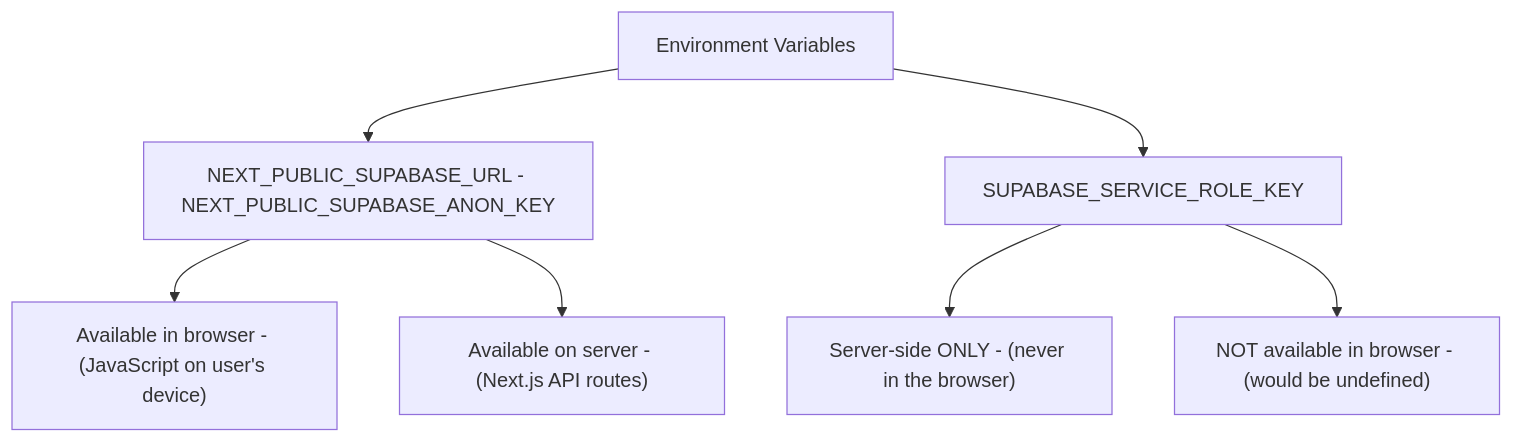
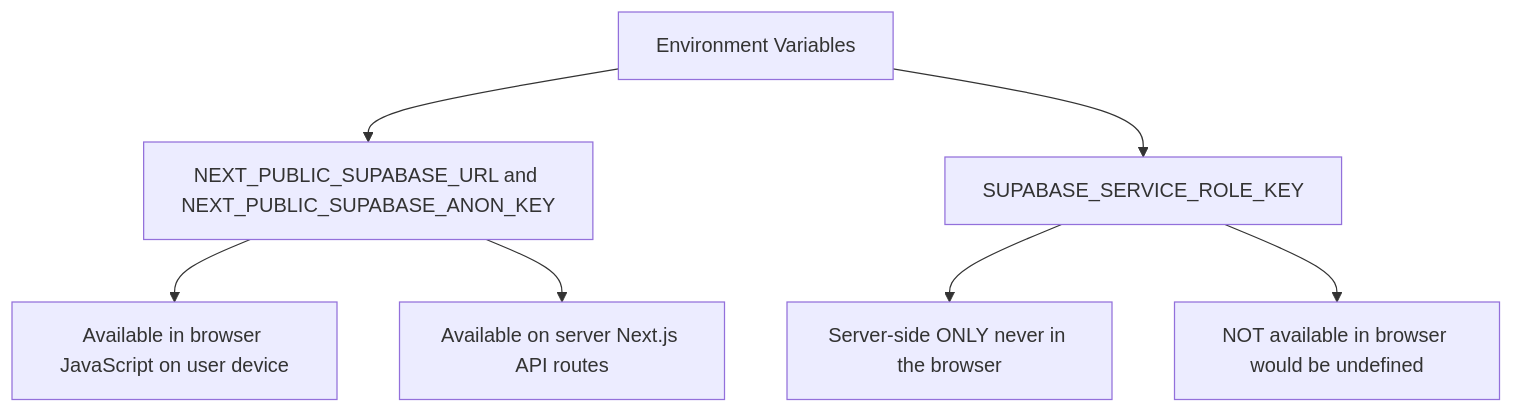
The third of 6 diagrams in learning/08-environment-variables.md (wongjinar-ai/expample), drawn with Mermaid before and after one commit. The commit also changed other lines of this file and 5 other files, not shown here.

````diff
--- a/learning/08-environment-variables.md
+++ b/learning/08-environment-variables.md
@@ -120,12 +120,12 @@
 ```mermaid
-graph TD
-    EnvVars["Environment Variables"]
-    EnvVars --> Public["NEXT_PUBLIC_SUPABASE_URL - NEXT_PUBLIC_SUPABASE_ANON_KEY"]
-    EnvVars --> Private["SUPABASE_SERVICE_ROLE_KEY"]
+flowchart TD
+    EnvVars[Environment Variables]
+    EnvVars --> Public[NEXT_PUBLIC_SUPABASE_URL and NEXT_PUBLIC_SUPABASE_ANON_KEY]
+    EnvVars --> Private[SUPABASE_SERVICE_ROLE_KEY]
 
-    Public --> Browser["Available in browser - (JavaScript on user's device)"]
-    Public --> Server["Available on server - (Next.js API routes)"]
+    Public --> Browser[Available in browser JavaScript on user device]
+    Public --> Server[Available on server Next.js API routes]
 
-    Private --> ServerOnly["Server-side ONLY - (never in the browser)"]
-    Private --> BrowserNone["NOT available in browser - (would be undefined)"]
+    Private --> ServerOnly[Server-side ONLY never in the browser]
+    Private --> BrowserNone[NOT available in browser would be undefined]
 ```
````
